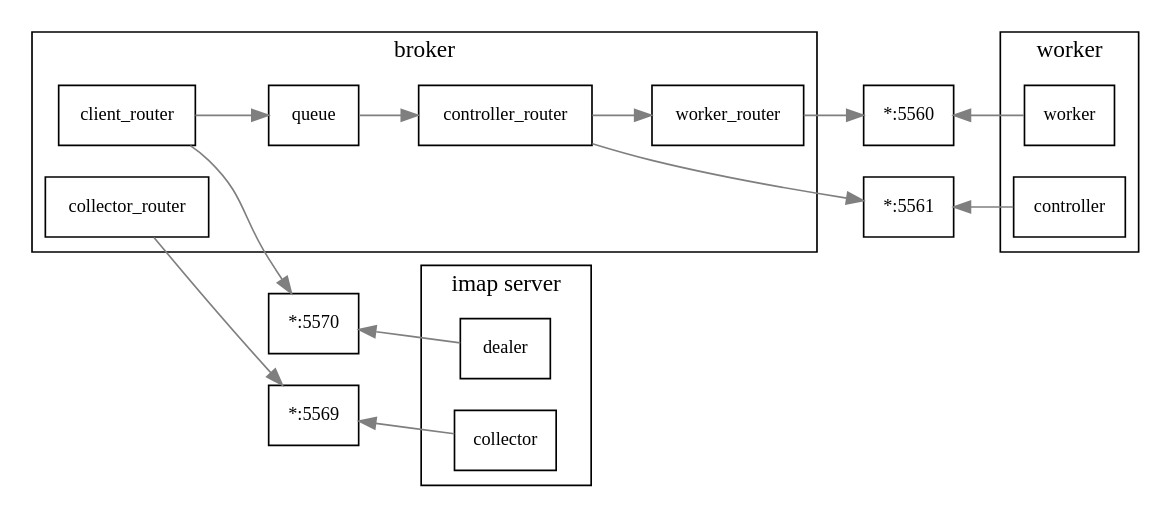
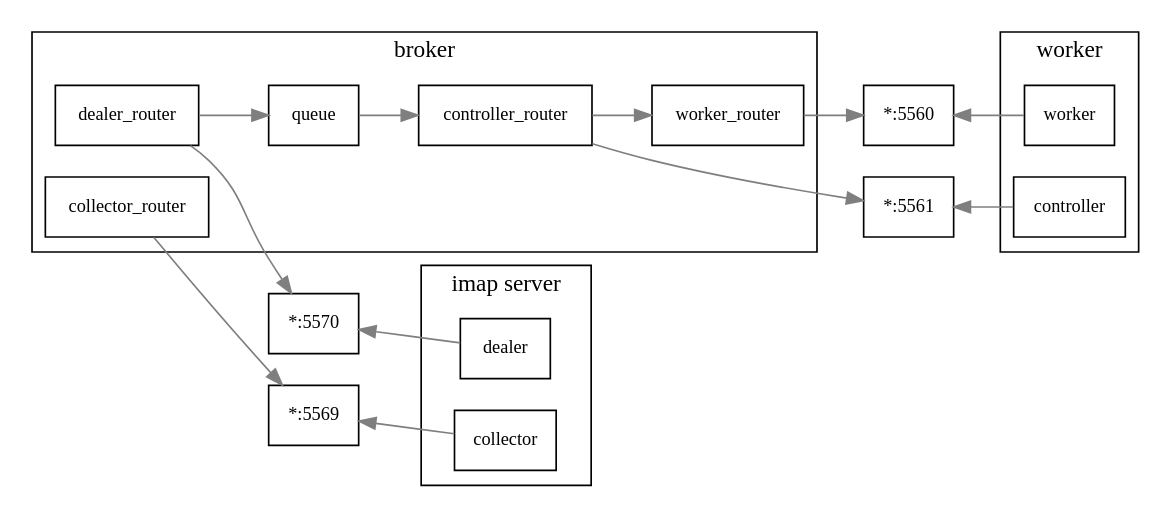
The first of 11 diagrams in source/architecture-and-design/bonnie.rst (kanarip/kolab-docs), drawn with Graphviz before and after one commit. The commit also changed other lines of this file and 1 other file, not shown here.

Commit message:
Updated the Bonnie Architecture and Design section to reflect the current development status; removed the ORM/Changelog part

```diff
--- a/source/architecture-and-design/bonnie.rst
+++ b/source/architecture-and-design/bonnie.rst
@@ -101,47 +101,47 @@
     .. graphviz::
 
         digraph {
                 rankdir = LR;
                 splines = true;
                 overlab = prism;
 
                 edge [color=gray50, fontname=Calibri, fontsize=11];
                 node [shape=record, fontname=Calibri, fontsize=11];
 
                 subgraph cluster_broker {
                         label="broker";
 
-                        "client_router";
+                        "dealer_router";
                         "collector_router";
                         "worker_router";
                         "controller_router";
 
                         "queue";
 
-                        "client_router" -> "queue" -> "controller_router" -> "worker_router";
+                        "dealer_router" -> "queue" -> "controller_router" -> "worker_router";
                     }
 
                 subgraph cluster_worker {
                         label="worker";
 
                         "worker";
                         "controller";
                     }
 
                 subgraph cluster_imap {
                         label="imap server";
                         "collector";
                         "dealer";
                     }
 
-                "client_router" -> "*:5570";
+                "dealer_router" -> "*:5570";
                 "collector_router" -> "*:5569";
                 "worker_router" -> "*:5560";
                 "controller_router" -> "*:5561";
 
                 "*:5560" -> "worker" [dir=back];
                 "*:5561" -> "controller" [dir=back];
 
                 "*:5569" -> "collector" [dir=back];
                 "*:5570" -> "dealer" [dir=back];
             }
```
